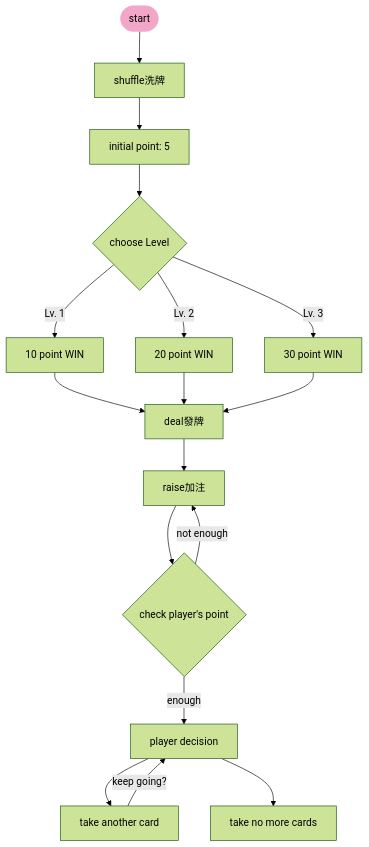
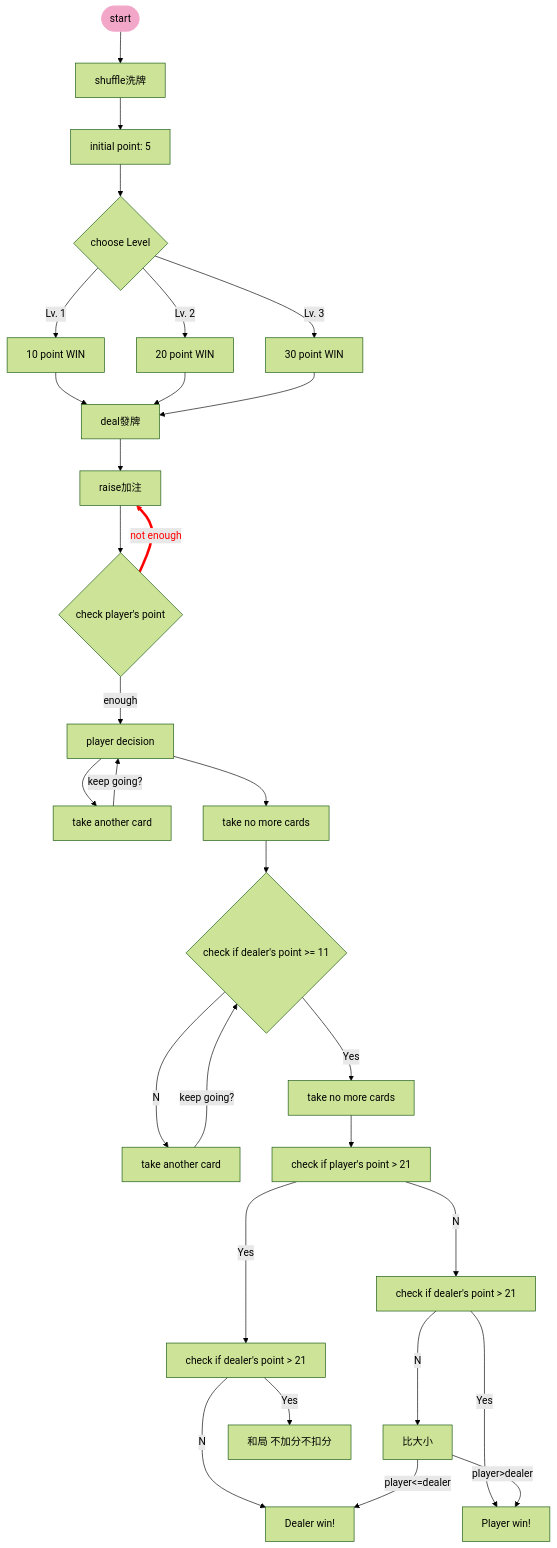
The diagram in README.md (windware1203/Digital_electronics_study), drawn with Mermaid (forest theme) before and after one commit. The commit also changed other lines of this file, not shown here.

````diff
--- a/README.md
+++ b/README.md
@@ -68,26 +70,79 @@
 ```mermaid
 flowchart TB;
 classDef startClass fill:#f2a7c8;
 classDef startClass stroke:#f2a7c8;
 
-Start([start]):::startClass-->shuffle洗牌-->initP-->chooseLv{choose Level}
+    %%*********************************/
+    %% Start
+    Start([start]):::startClass-->
+    shuffle洗牌-->
+    initP-->
+    chooseLv{choose Level}
+    
+    %%*********************************/
+    %% Linked Nodes
+    %% Ex: Node1--text-->Node2
     chooseLv--Lv. 1-->one-->deal
     chooseLv--Lv. 2-->two-->deal
     chooseLv--Lv. 3-->three-->deal
     deal-->raise-->checkPt
     checkPt-- not enough -->raise
+    linkStyle 11 stroke:red,stroke-width:4px,color:red;
+    
     checkPt-- enough -->playerDecision
-    playerDecision-->hit-->|keep going?| playerDecision
-    playerDecision-->stand
+    playerDecision-->playerHit-->|keep going?| playerDecision
+    playerDecision-->playerStand
+    playerStand-->dealerDecision
+    dealerDecision--No-->dealerHit-->|keep going?| dealerDecision
+    dealerDecision--Yes-->dealerStand
+    dealerStand-->checkPlayerExceed
     
+    %% 玩家沒爆牌
+    checkPlayerExceed--No-->checkDealerExceedPNo
+    checkDealerExceedPNo--No-->compare
+    checkDealerExceedPNo--Yes-->playerWin
+    
+    %% 玩家爆牌
+    checkPlayerExceed--Yes-->checkDealerExceedPYes
+    checkDealerExceedPYes--No-->dealerWin
+    checkDealerExceedPYes--Yes-->peace
+    
+    %%比大小
+    compare--player>dealer-->playerWin
+    compare--player<=dealer-->dealerWin
+    
+    %%*********************************/
+    
+    %%我先往下寫 看你有沒有要修改 有就直接改
+    %% 最後找個地方寫過五關 現在加哪都覺得怪怪的
+    %% 過五關感覺會在發牌那
+    %% 我先撤 寫個林明聖-->武田是渾蛋QQ
+    %%那菱形超大 真的
+    
+    
+    %%*********************************/
+    %% The information of Nodes
+    %% Ex: nodeName[Text] 方框 ([])圓角方框 {}菱形大框框(確實)
     initP[initial point: 5]
     raise[raise加注]
     deal[deal發牌]
     one[10 point WIN]
     two[20 point WIN]
     three[30 point WIN]
     checkPt{check player's point}
-    hit[take another card]
-    stand[take no more cards]
+    playerHit[take another card]
+    playerStand[take no more cards]
     playerDecision[player decision]
+    dealerDecision{check if dealer's point >= 11}
+    dealerHit[take another card]
+    dealerStand[take no more cards]
+    checkPlayerExceed[check if player's point > 21]
+    checkDealerExceedPNo[check if dealer's point > 21]
+    checkDealerExceedPYes[check if dealer's point > 21]
+    playerWin[Player win!]
+    compare[比大小]
+    dealerWin[Dealer win!]
+    peace[和局 不加分不扣分]
+    %% 尚未完成: 過五關 改成英文(睡覺) 晚安ZZ
+    %%*********************************/
 ```
````
